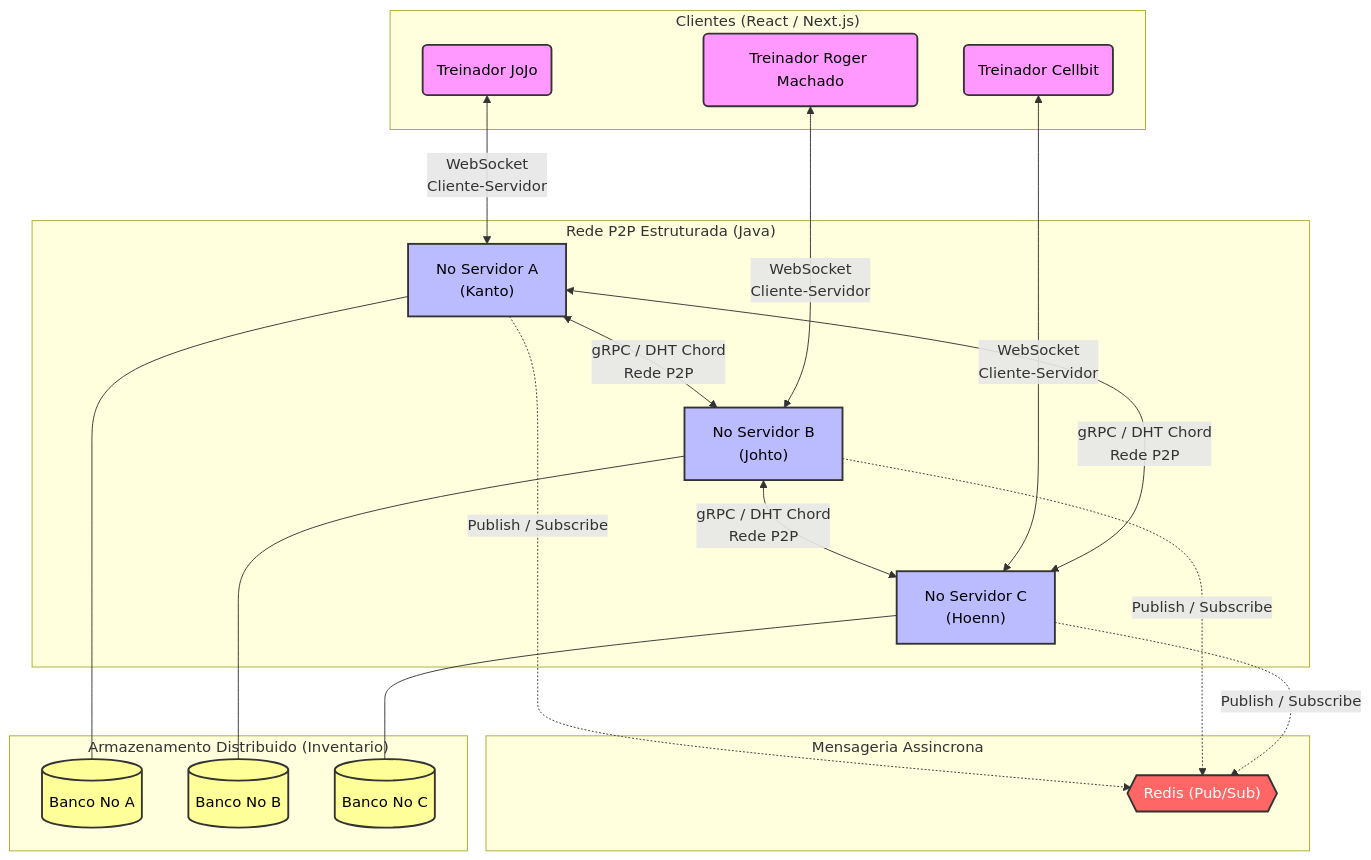
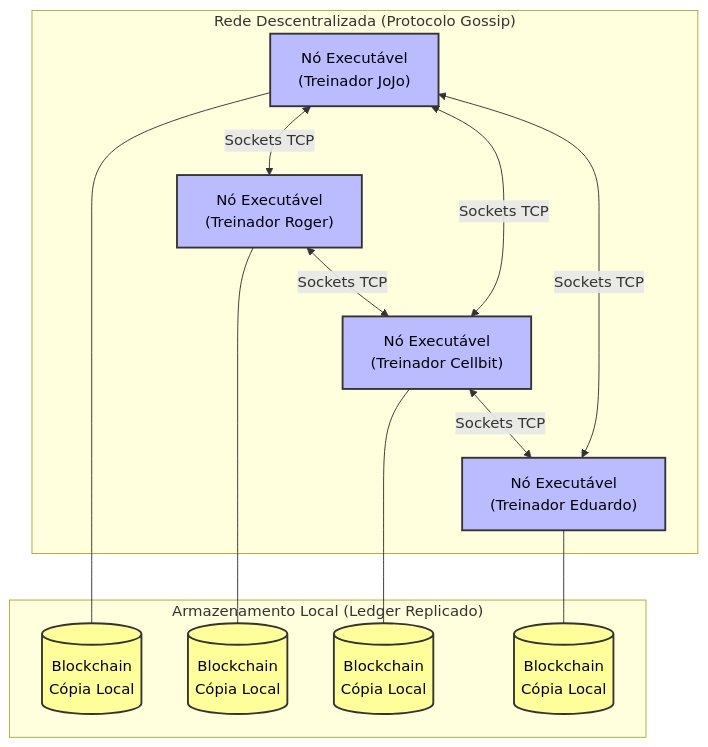
The diagram in README.md (DuAlmeida995/PokEach), drawn with Mermaid before and after one commit. The commit also changed other lines of this file, not shown here.

Commit message:
docs: Revise README for clarity on decentralization and architecture

````diff
--- a/README.md
+++ b/README.md
@@ -38,50 +30,33 @@
 ```mermaid
 graph TD
     %% Estilos
-    classDef client fill:#f9f,stroke:#333,stroke-width:2px,color:#000;
-    classDef server fill:#bbf,stroke:#333,stroke-width:2px,color:#000;
-    classDef redis fill:#f66,stroke:#333,stroke-width:2px,color:#fff;
-    classDef db fill:#ff9,stroke:#333,stroke-width:2px,color:#000;
+    classDef node fill:#bbf,stroke:#333,stroke-width:2px,color:#000;
+    classDef ledger fill:#ff9,stroke:#333,stroke-width:2px,color:#000;
 
-    subgraph FrontEnd ["Clientes (React / Next.js)"]
-        C1(Treinador JoJo):::client
-        C2(Treinador Roger Machado):::client
-        C3(Treinador Cellbit):::client
+    subgraph Rede P2P ["Rede Descentralizada (Protocolo Gossip)"]
+        N1["Nó Executável<br>(Treinador JoJo)"]:::node
+        N2["Nó Executável<br>(Treinador Roger)"]:::node
+        N3["Nó Executável<br>(Treinador Cellbit)"]:::node
+        N4["Nó Executável<br>(Treinador Eduardo)"]:::node
+        
+        %% Conexões Diretas (Sockets)
+        N1 <-->|Sockets TCP| N2
+        N2 <-->|Sockets TCP| N3
+        N3 <-->|Sockets TCP| N4
+        N4 <-->|Sockets TCP| N1
+        N1 <-->|Sockets TCP| N3
     end
 
-    subgraph Middleware ["Mensageria Assincrona"]
-        R{{"Redis (Pub/Sub)"}}:::redis
+    subgraph Storage ["Armazenamento Local (Ledger Replicado)"]
+        L1[("Blockchain<br>Cópia Local")]:::ledger
+        L2[("Blockchain<br>Cópia Local")]:::ledger
+        L3[("Blockchain<br>Cópia Local")]:::ledger
+        L4[("Blockchain<br>Cópia Local")]:::ledger
     end
 
-    subgraph Backend ["Rede P2P Estruturada (Java)"]
-        N1["No Servidor A<br>(Kanto)"]:::server
-        N2["No Servidor B<br>(Johto)"]:::server
-        N3["No Servidor C<br>(Hoenn)"]:::server
-        
-        %% Conexoes do Anel Chord (P2P)
-        N1 <-->|gRPC / DHT Chord<br>Rede P2P| N2
-        N2 <-->|gRPC / DHT Chord<br>Rede P2P| N3
-        N3 <-->|gRPC / DHT Chord<br>Rede P2P| N1
-    end
-
-    subgraph Storage ["Armazenamento Distribuido (Inventario)"]
-        DB1[("Banco No A")]:::db
-        DB2[("Banco No B")]:::db
-        DB3[("Banco No C")]:::db
-    end
-
-    %% Conexoes Clientes -> Servidores
-    C1 <-->|WebSocket<br>Cliente-Servidor| N1
-    C2 <-->|WebSocket<br>Cliente-Servidor| N2
-    C3 <-->|WebSocket<br>Cliente-Servidor| N3
-
-    %% Conexoes Servidores -> Redis
-    N1 -.->|Publish / Subscribe| R
-    N2 -.->|Publish / Subscribe| R
-    N3 -.->|Publish / Subscribe| R
-
-    %% Conexoes Servidores -> Bancos
-    N1 --- DB1
-    N2 --- DB2
-    N3 --- DB3
+    %% Conexões Nó -> Banco Local
+    N1 --- L1
+    N2 --- L2
+    N3 --- L3
+    N4 --- L4
 ```
````
